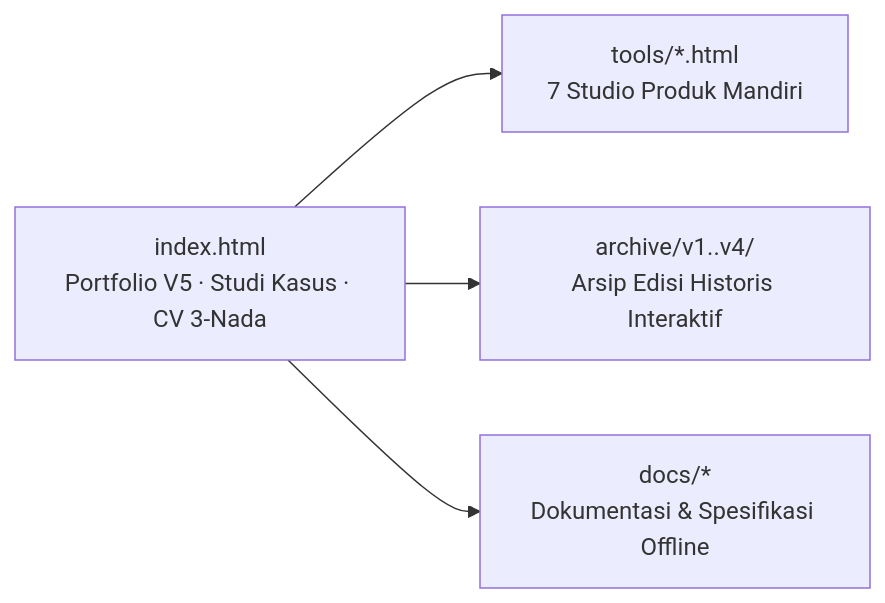
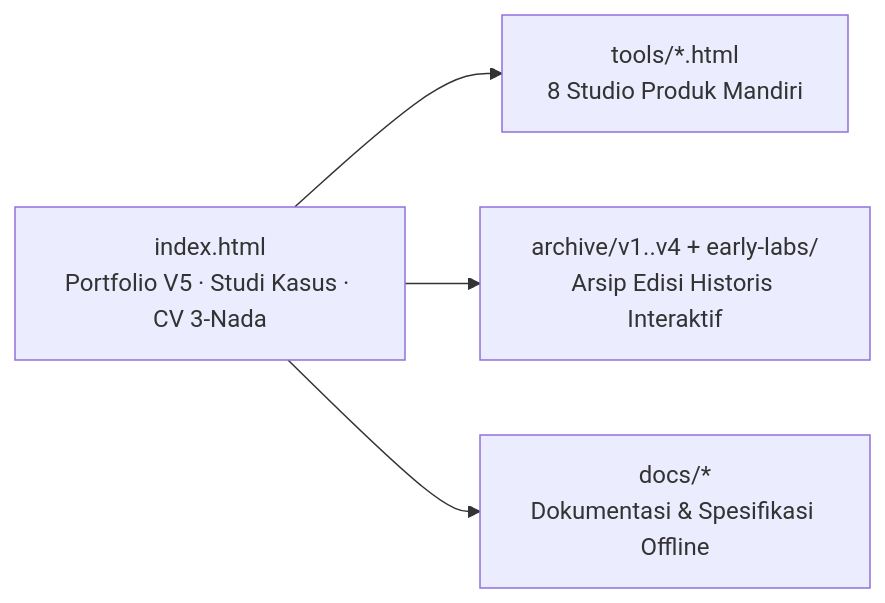
One commit to alamehan/alamehan.github.io changed the diagram in README.id.md. Above: the diagram before and after it, drawn with Mermaid. The commit also changed other lines of this file and 2372 other files, not shown here.

````diff
--- a/README.id.md
+++ b/README.id.md
@@ -73,6 +74,6 @@
 ```mermaid
 flowchart LR
-  idx["index.html<br/>Portfolio V5 · Studi Kasus · CV 3-Nada"] --> tools["tools/*.html<br/>7 Studio Produk Mandiri"]
-  idx --> arch["archive/v1..v4/<br/>Arsip Edisi Historis Interaktif"]
+  idx["index.html<br/>Portfolio V5 · Studi Kasus · CV 3-Nada"] --> tools["tools/*.html<br/>8 Studio Produk Mandiri"]
+  idx --> arch["archive/v1..v4 + early-labs/<br/>Arsip Edisi Historis Interaktif"]
   idx --> docs["docs/*<br/>Dokumentasi & Spesifikasi Offline"]
 ```
````
